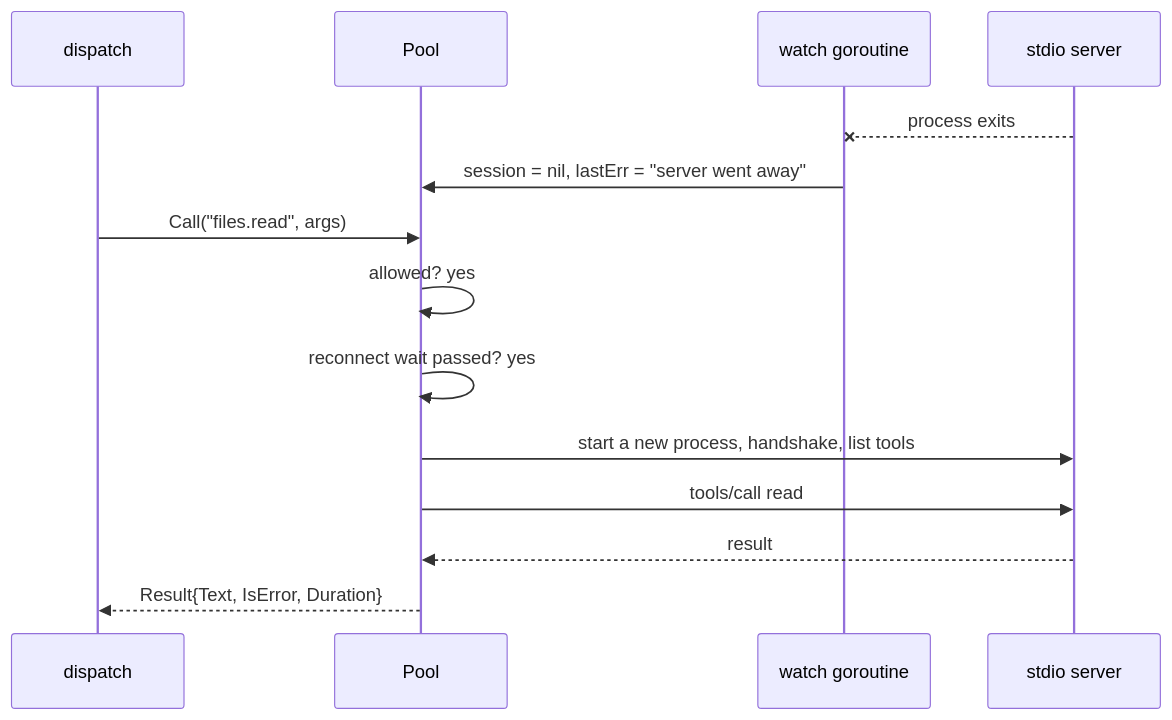
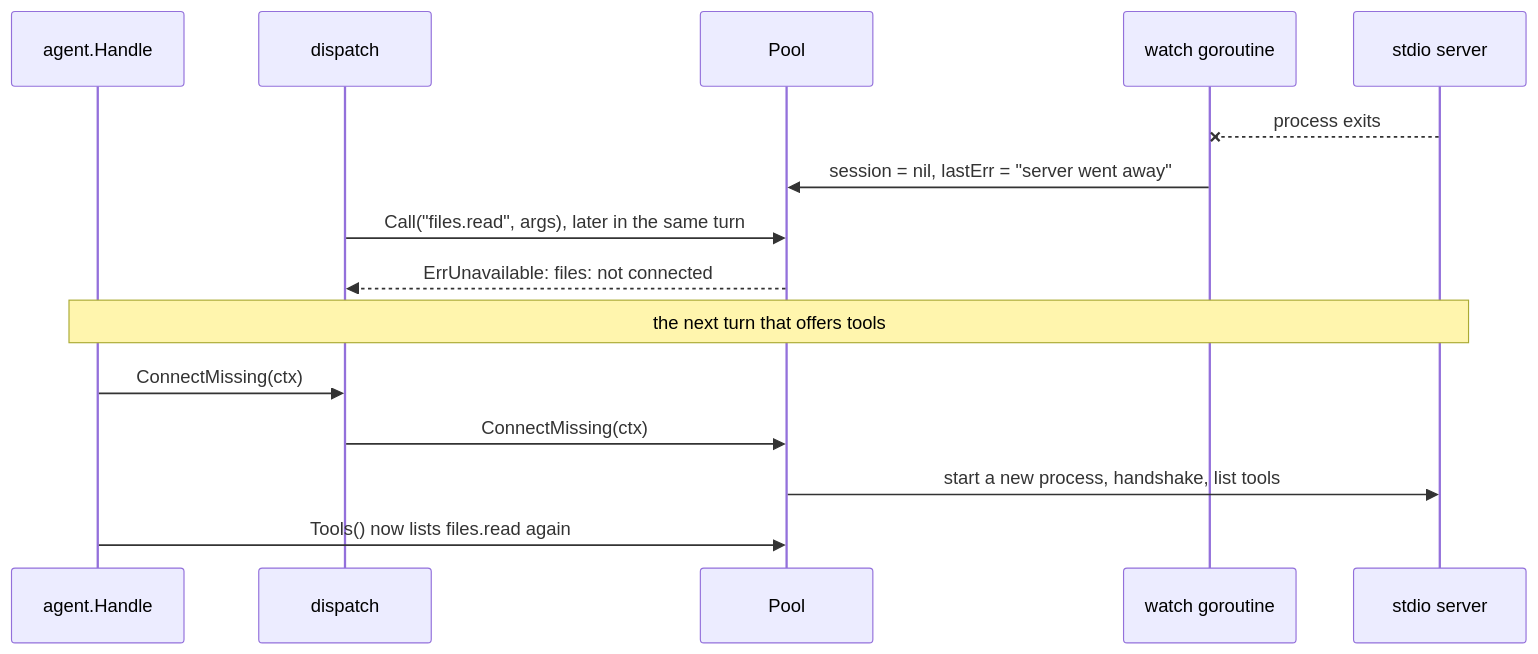
Before and after one commit to aarora79/meru: the second of 2 diagrams in docs/coding-notes/mcp.md, drawn with Mermaid. The commit also changed other lines of this file and 132 other files, not shown here.

````diff
--- a/docs/coding-notes/mcp.md
+++ b/docs/coding-notes/mcp.md
@@ -58,16 +69,17 @@
 ```mermaid
 sequenceDiagram
+    participant A as agent.Handle
     participant D as dispatch
     participant P as Pool
     participant W as watch goroutine
     participant S as stdio server
     S--xW: process exits
     W->>P: session = nil, lastErr = "server went away"
-    D->>P: Call("files.read", args)
-    P->>P: allowed? yes
-    P->>P: reconnect wait passed? yes
+    D->>P: Call("files.read", args), later in the same turn
+    P-->>D: ErrUnavailable: files: not connected
+    Note over A,S: the next turn that offers tools
+    A->>D: ConnectMissing(ctx)
+    D->>P: ConnectMissing(ctx)
     P->>S: start a new process, handshake, list tools
-    P->>S: tools/call read
-    S-->>P: result
-    P-->>D: Result{Text, IsError, Duration}
+    A->>P: Tools() now lists files.read again
 ```
````
